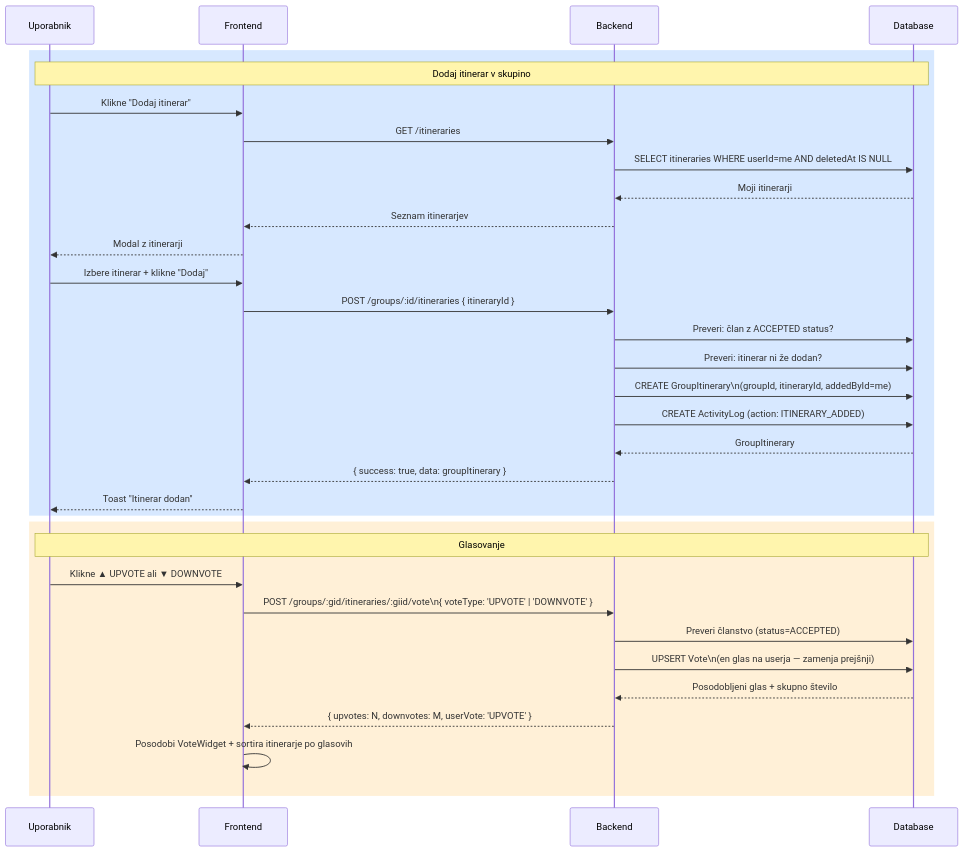
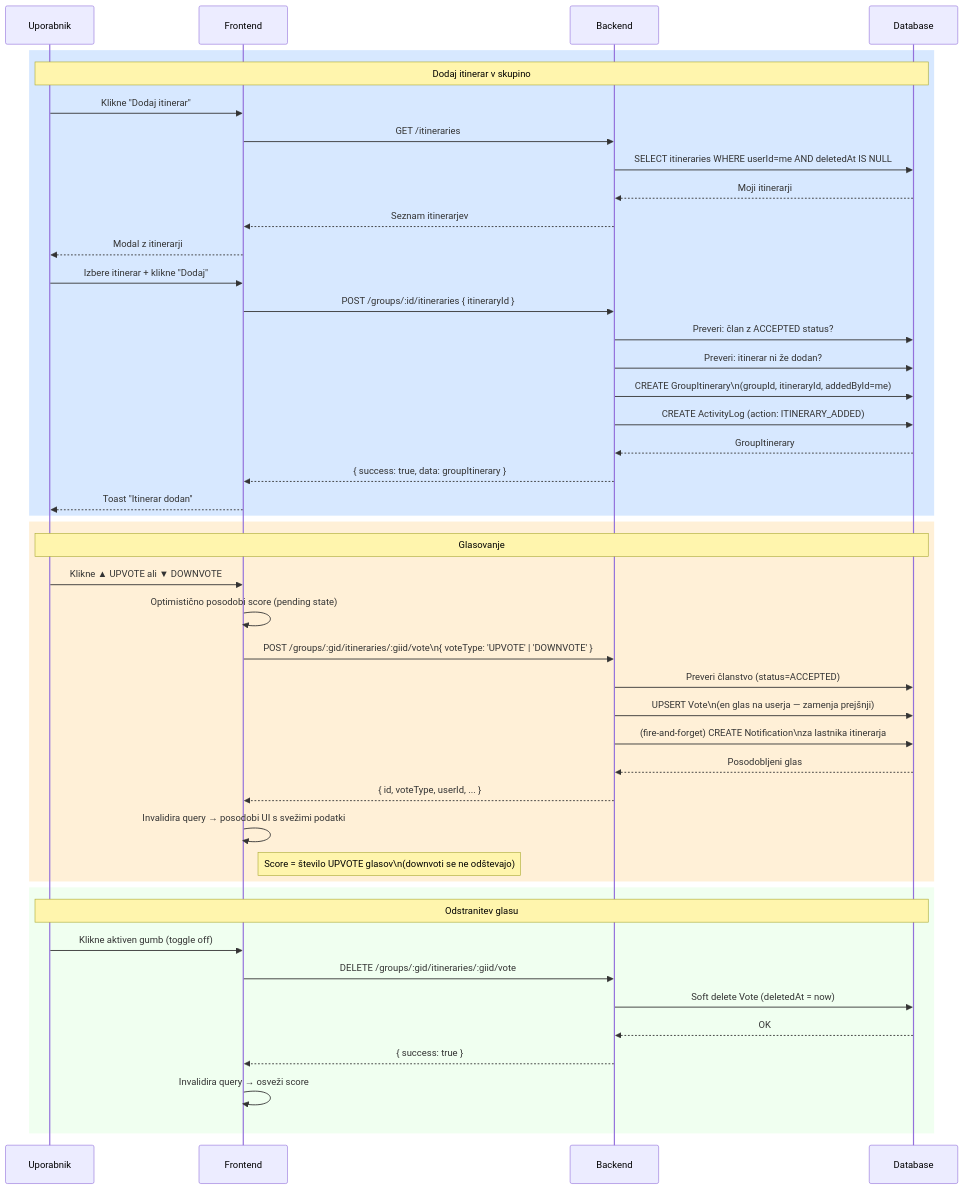
The ninth of 11 diagrams in docs/data-flows.md (Anchevskiii/Routiq), drawn with Mermaid before and after one commit. The commit also changed 9 other files, not shown here.

````diff
--- a/docs/data-flows.md
+++ b/docs/data-flows.md
@@ -360,38 +360,51 @@
 ```mermaid
 sequenceDiagram
     participant U as Uporabnik
     participant FE as Frontend
     participant BE as Backend
     participant DB as Database
 
     rect rgb(215, 232, 255)
         Note over U,DB: Dodaj itinerar v skupino
         U->>FE: Klikne "Dodaj itinerar"
         FE->>BE: GET /itineraries
         BE->>DB: SELECT itineraries WHERE userId=me AND deletedAt IS NULL
         DB-->>BE: Moji itinerarji
         BE-->>FE: Seznam itinerarjev
         FE-->>U: Modal z itinerarji
 
         U->>FE: Izbere itinerar + klikne "Dodaj"
         FE->>BE: POST /groups/:id/itineraries { itineraryId }
         BE->>DB: Preveri: član z ACCEPTED status?
         BE->>DB: Preveri: itinerar ni že dodan?
         BE->>DB: CREATE GroupItinerary\n(groupId, itineraryId, addedById=me)
         BE->>DB: CREATE ActivityLog (action: ITINERARY_ADDED)
         DB-->>BE: GroupItinerary
         BE-->>FE: { success: true, data: groupItinerary }
         FE-->>U: Toast "Itinerar dodan"
     end
 
     rect rgb(255, 240, 215)
         Note over U,DB: Glasovanje
         U->>FE: Klikne ▲ UPVOTE ali ▼ DOWNVOTE
+        FE->>FE: Optimistično posodobi score (pending state)
         FE->>BE: POST /groups/:gid/itineraries/:giid/vote\n{ voteType: 'UPVOTE' | 'DOWNVOTE' }
         BE->>DB: Preveri članstvo (status=ACCEPTED)
         BE->>DB: UPSERT Vote\n(en glas na userja — zamenja prejšnji)
-        DB-->>BE: Posodobljeni glas + skupno število
-        BE-->>FE: { upvotes: N, downvotes: M, userVote: 'UPVOTE' }
-        FE->>FE: Posodobi VoteWidget + sortira itinerarje po glasovih
+        BE->>DB: (fire-and-forget) CREATE Notification\nza lastnika itinerarja
+        DB-->>BE: Posodobljeni glas
+        BE-->>FE: { id, voteType, userId, ... }
+        FE->>FE: Invalidira query → posodobi UI s svežimi podatki
+        Note right of FE: Score = število UPVOTE glasov\n(downvoti se ne odštevajo)
+    end
+
+    rect rgb(240, 255, 240)
+        Note over U,DB: Odstranitev glasu
+        U->>FE: Klikne aktiven gumb (toggle off)
+        FE->>BE: DELETE /groups/:gid/itineraries/:giid/vote
+        BE->>DB: Soft delete Vote (deletedAt = now)
+        DB-->>BE: OK
+        BE-->>FE: { success: true }
+        FE->>FE: Invalidira query → osveži score
     end
 ```
````
